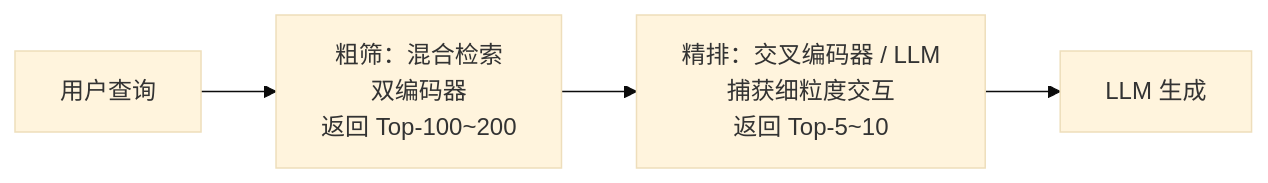
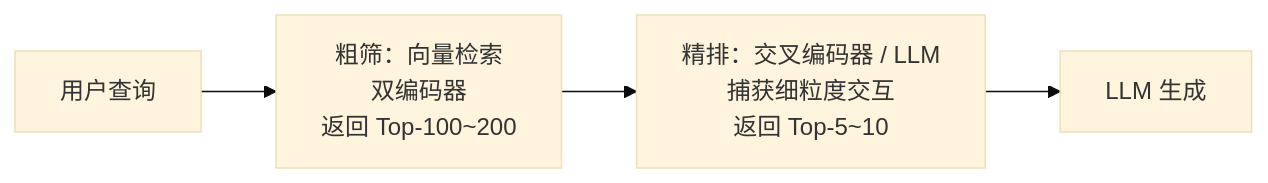
Before and after one commit to fenixsoft/dmla: the diagram in docs/agent-applications/vector-retrieval-rag/retrieval-quality.md, drawn with Mermaid (base theme). The commit also changed other lines of this file and 4 other files, not shown here.

````diff
--- a/docs/agent-applications/vector-retrieval-rag/retrieval-quality.md
+++ b/docs/agent-applications/vector-retrieval-rag/retrieval-quality.md
@@ -183,6 +73,6 @@
-```mermaid
+```mermaid compact
 graph LR
-    A[用户查询] --> B[粗筛：混合检索<br/>双编码器<br/>返回 Top-100~200]
+    A[用户查询] --> B[粗筛：向量检索<br/>双编码器<br/>返回 Top-100~200]
     B --> C[精排：交叉编码器 / LLM<br/>捕获细粒度交互<br/>返回 Top-5~10]
     C --> D[LLM 生成]
 ```
````
